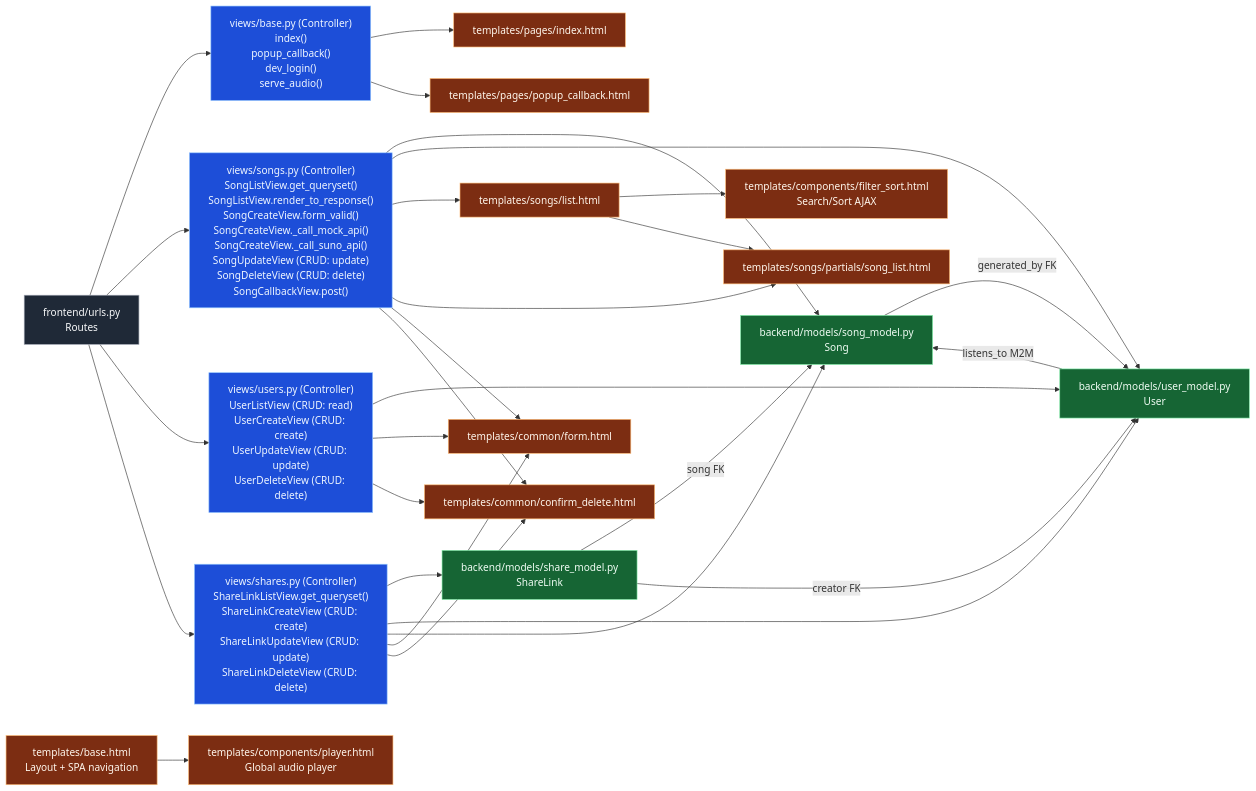
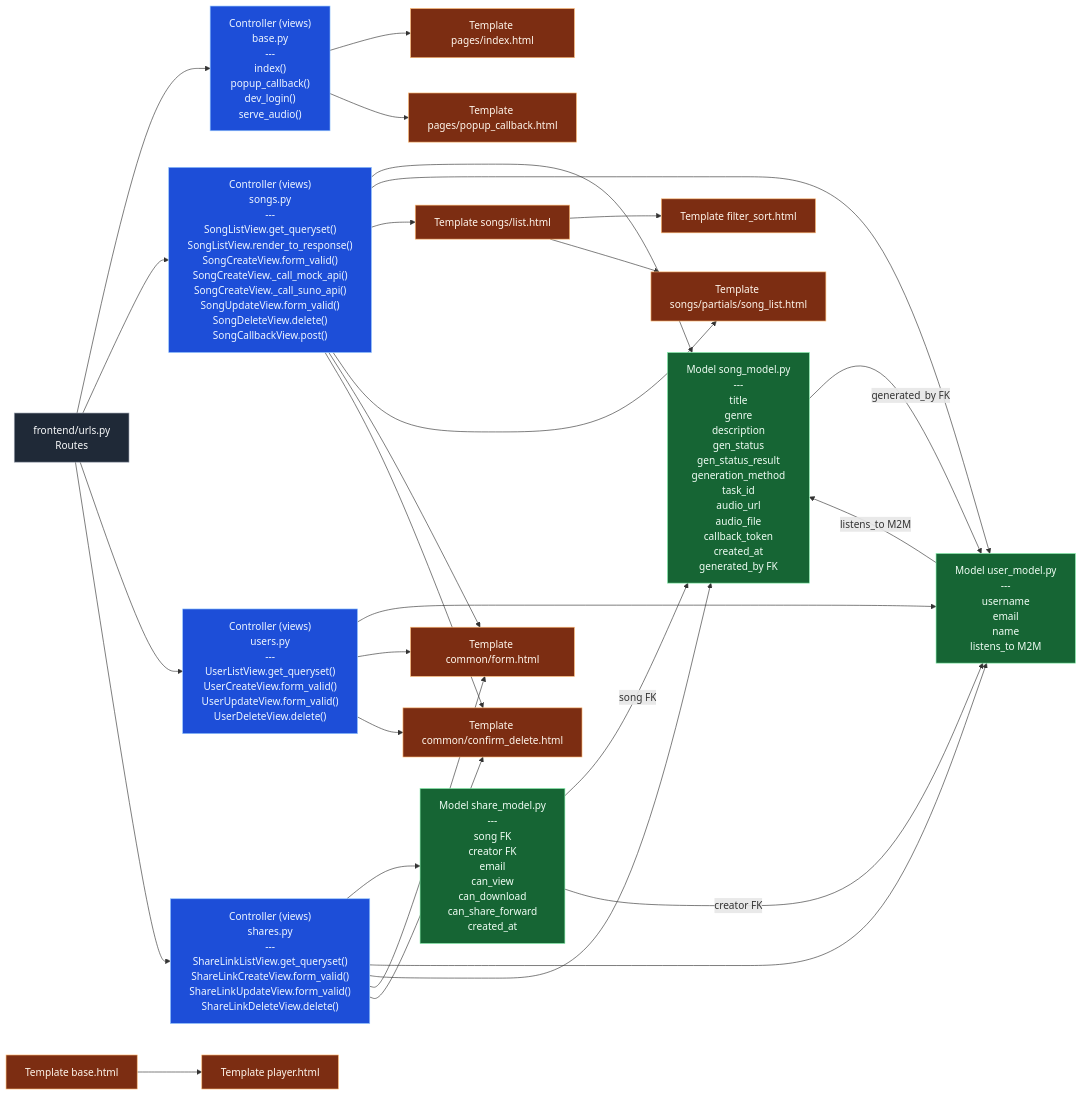
The diagram in README.md (taamtera/musicprojectdjango), drawn with Mermaid before and after one commit.

Commit message:
readme 4 rev

````diff
--- a/README.md
+++ b/README.md
@@ -76,75 +76,75 @@
 ```mermaid
 flowchart LR
    %% Route Layer
    U["frontend/urls.py<br/>Routes"]
 
    %% View/Controller Layer
-   VB["views/base.py (Controller)<br/>index()<br/>popup_callback()<br/>dev_login()<br/>serve_audio()"]
-   VS["views/songs.py (Controller)<br/>SongListView.get_queryset()<br/>SongListView.render_to_response()<br/>SongCreateView.form_valid()<br/>SongCreateView._call_mock_api()<br/>SongCreateView._call_suno_api()<br/>SongUpdateView (CRUD: update)<br/>SongDeleteView (CRUD: delete)<br/>SongCallbackView.post()"]
-   VU["views/users.py (Controller)<br/>UserListView (CRUD: read)<br/>UserCreateView (CRUD: create)<br/>UserUpdateView (CRUD: update)<br/>UserDeleteView (CRUD: delete)"]
-   VSH["views/shares.py (Controller)<br/>ShareLinkListView.get_queryset()<br/>ShareLinkCreateView (CRUD: create)<br/>ShareLinkUpdateView (CRUD: update)<br/>ShareLinkDeleteView (CRUD: delete)"]
+   VB["Controller (views)<br/>base.py<br/>---<br/>index()<br/>popup_callback()<br/>dev_login()<br/>serve_audio()"]
+   VS["Controller (views)<br/>songs.py<br/>---<br/>SongListView.get_queryset()<br/>SongListView.render_to_response()<br/>SongCreateView.form_valid()<br/>SongCreateView._call_mock_api()<br/>SongCreateView._call_suno_api()<br/>SongUpdateView.form_valid()<br/>SongDeleteView.delete()<br/>SongCallbackView.post()"]
+   VU["Controller (views)<br/>users.py<br/>---<br/>UserListView.get_queryset()<br/>UserCreateView.form_valid()<br/>UserUpdateView.form_valid()<br/>UserDeleteView.delete()"]
+   VSH["Controller (views)<br/>shares.py<br/>---<br/>ShareLinkListView.get_queryset()<br/>ShareLinkCreateView.form_valid()<br/>ShareLinkUpdateView.form_valid()<br/>ShareLinkDeleteView.delete()"]
 
    %% Model Layer
-   MU["backend/models/user_model.py<br/>User"]
-   MS["backend/models/song_model.py<br/>Song"]
-   MSL["backend/models/share_model.py<br/>ShareLink"]
+   MU["Model user_model.py<br/>---<br/>username<br/>email<br/>name<br/>listens_to M2M"]
+   MS["Model song_model.py<br/>---<br/>title<br/>genre<br/>description<br/>gen_status<br/>gen_status_result<br/>generation_method<br/>task_id<br/>audio_url<br/>audio_file<br/>callback_token<br/>created_at<br/>generated_by FK"]
+   MSL["Model share_model.py<br/>---<br/>song FK<br/>creator FK<br/>email<br/>can_view<br/>can_download<br/>can_share_forward<br/>created_at"]
 
    %% Template Layer
-   TB["templates/base.html<br/>Layout + SPA navigation"]
-   TP["templates/components/player.html<br/>Global audio player"]
-   TF["templates/components/filter_sort.html<br/>Search/Sort AJAX"]
-   TL[templates/songs/list.html]
-   TLP[templates/songs/partials/song_list.html]
-   TFORM[templates/common/form.html]
-   TCONF[templates/common/confirm_delete.html]
-   TINDEX[templates/pages/index.html]
-   TPOP[templates/pages/popup_callback.html]
+   TB["Template base.html"]
+   TP["Template player.html"]
+   TF["Template filter_sort.html"]
+   TL["Template songs/list.html"]
+   TLP["Template songs/partials/song_list.html"]
+   TFORM["Template common/form.html"]
+   TCONF["Template common/confirm_delete.html"]
+   TINDEX["Template pages/index.html"]
+   TPOP["Template pages/popup_callback.html"]
 
    %% Route to views
    U --> VB
    U --> VS
    U --> VU
    U --> VSH
 
    %% View to models
    VS --> MS
    VS --> MU
    VU --> MU
    VSH --> MSL
    VSH --> MU
    VSH --> MS
 
    %% Model relations
    MU -->|listens_to M2M| MS
    MS -->|generated_by FK| MU
    MSL -->|song FK| MS
    MSL -->|creator FK| MU
 
    %% View to templates
    VB --> TINDEX
    VB --> TPOP
    VS --> TL
    VS --> TLP
    VS --> TFORM
    VS --> TCONF
    VU --> TFORM
    VU --> TCONF
    VSH --> TFORM
    VSH --> TCONF
 
    %% Template composition
    TL --> TF
    TL --> TLP
    TB --> TP
 
    %% Color coding: M / V / T (+ routes)
    classDef route fill:#1f2937,stroke:#9ca3af,color:#f9fafb,stroke-width:1px;
    classDef view fill:#1d4ed8,stroke:#93c5fd,color:#eff6ff,stroke-width:1px;
    classDef model fill:#166534,stroke:#86efac,color:#f0fdf4,stroke-width:1px;
    classDef template fill:#7c2d12,stroke:#fdba74,color:#fff7ed,stroke-width:1px;
 
    class U route;
    class VB,VS,VU,VSH view;
    class MU,MS,MSL model;
    class TB,TP,TF,TL,TLP,TFORM,TCONF,TINDEX,TPOP template;
 ```
````
